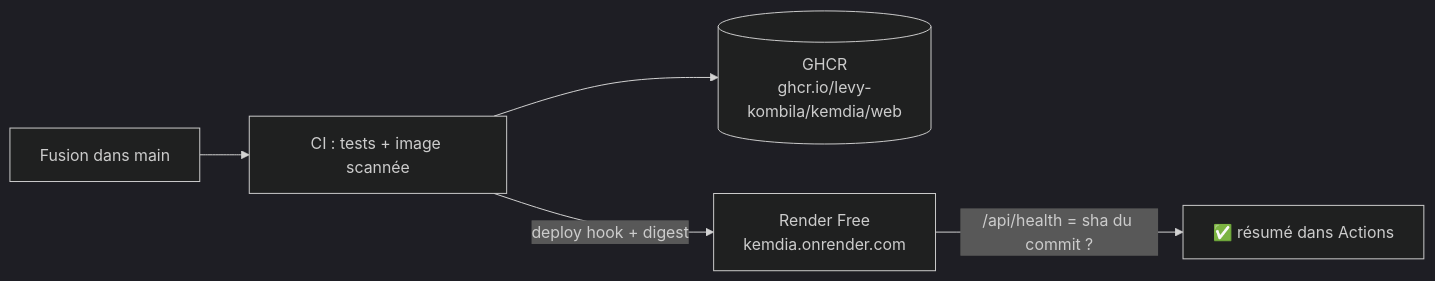
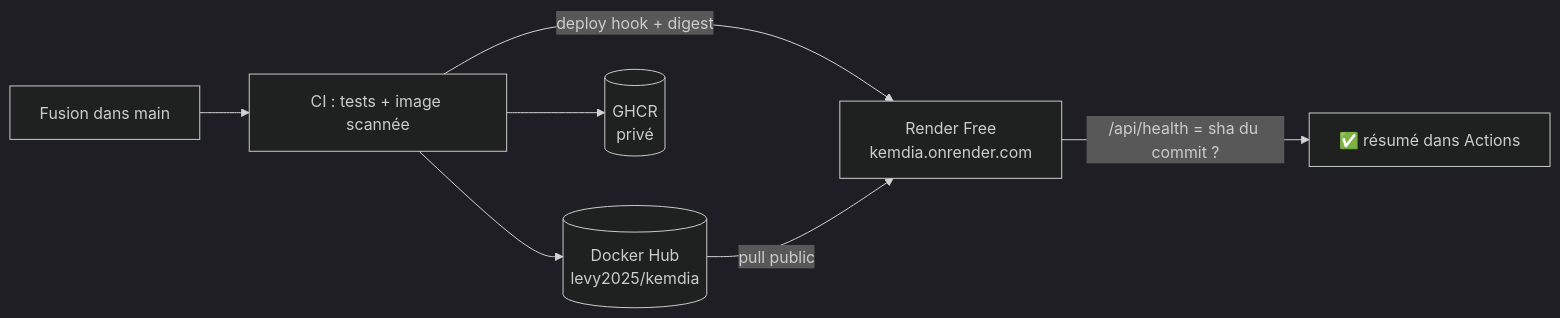
The diagram in docs/guides/demo-gratuite.md (levy-kombila/kemdia), drawn with Mermaid (dark theme) before and after one commit. The commit also changed other lines of this file and 4 other files, not shown here.

First line of the commit message:
ci: publication de l'image sur Docker Hub en plus de GHCR (S1-T22)

````diff
--- a/docs/guides/demo-gratuite.md
+++ b/docs/guides/demo-gratuite.md
@@ -9,7 +9,9 @@
 ```mermaid
 flowchart LR
     merge[Fusion dans main] --> ci[CI : tests + image scannée]
-    ci --> ghcr[(GHCR<br/>ghcr.io/levy-kombila/kemdia/web)]
+    ci --> hub[(Docker Hub<br/>levy2025/kemdia)]
+    ci --> ghcr[(GHCR<br/>privé)]
     ci -->|deploy hook + digest| render[Render Free<br/>kemdia.onrender.com]
+    hub -->|pull public| render
     render -->|/api/health = sha du commit ?| ok[✅ résumé dans Actions]
 ```
````
